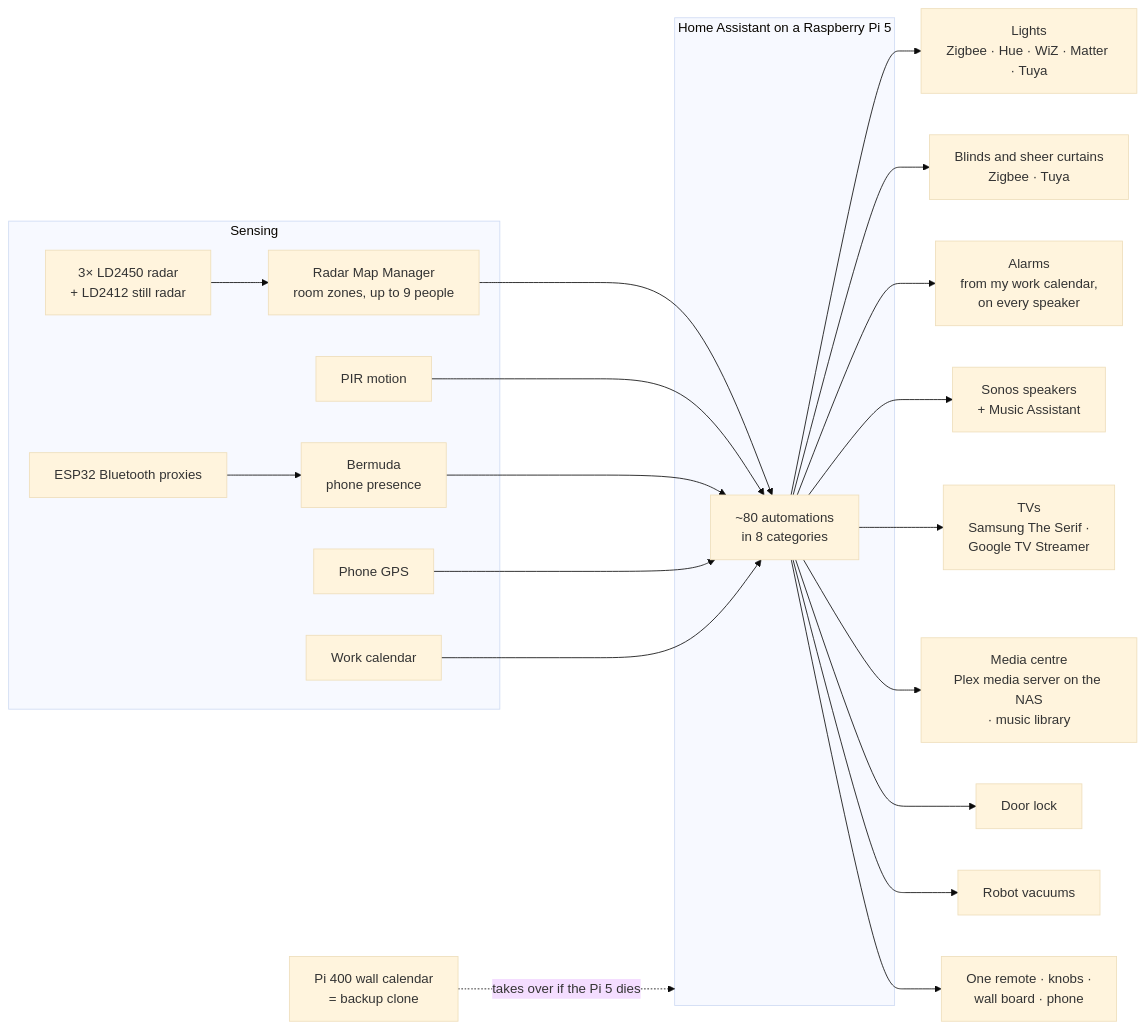
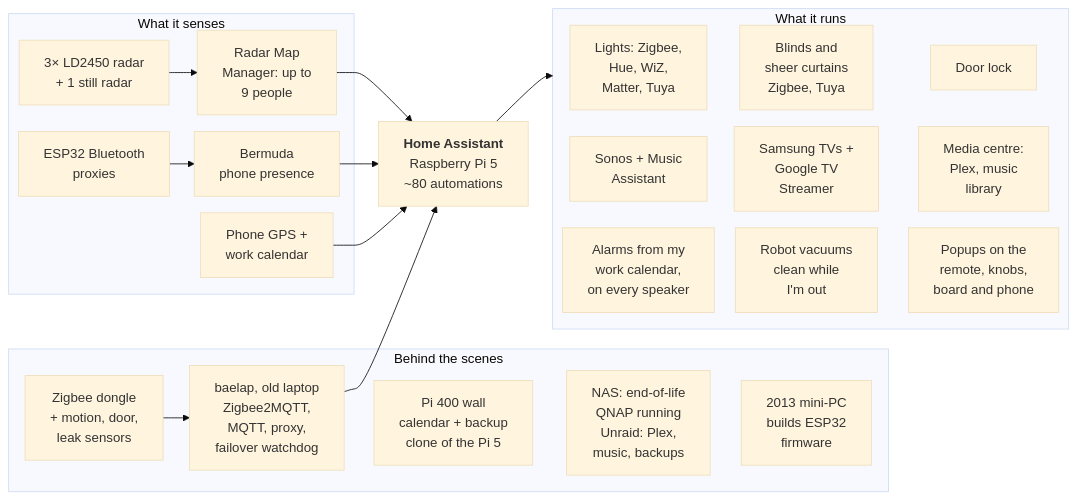
Before and after one commit to baes-cloud/baes-cloud-home: the diagram in README.md, drawn with Mermaid (base theme). The commit also changed other lines of this file and 2 other files, not shown here.

Commit message:
Wiring diagram: wider and shorter, plus the boxes behind the scenes
Sensing -> Home Assistant -> a 3x3 grid of what it runs, with a 'Behind the
scenes' strip along the bottom: Zigbee dongle -> baelap (Zigbee2MQTT, MQTT,
proxy, failover watchdog), the Pi 400 backup clone, the NAS and the mini-PC.
About half the height of the old layout, with slightly larger text.

The NAS is an end-of-life QNAP running Unraid; noted in the intro, hardware
and infrastructure pages.

````diff
--- a/README.md
+++ b/README.md
@@ -94,28 +95,27 @@
 ```mermaid
+%%{init: {"flowchart": {"nodeSpacing": 20, "rankSpacing": 24}}}%%
 flowchart LR
-  subgraph Sense[Sensing]
-    Radar[3× LD2450 radar<br/>+ LD2412 still radar] --> RMM[Radar Map Manager<br/>room zones, up to 9 people]
-    PIR[PIR motion]
-    BLE[ESP32 Bluetooth proxies] --> Bermuda[Bermuda<br/>phone presence]
-    GPS[Phone GPS]
-    Cal[Work calendar]
+  %% "Behind the scenes" is declared first so it sits along the bottom; ~~~ links are invisible and only position boxes
+  subgraph Infra[Behind the scenes]
+    Dongle[Zigbee dongle<br/>+ motion, door,<br/>leak sensors] --> Lap[baelap, old laptop<br/>Zigbee2MQTT,<br/>MQTT, proxy,<br/>failover watchdog]
+    Pi400[Pi 400 wall<br/>calendar + backup<br/>clone of the Pi 5]
+    NAS[NAS: end-of-life<br/>QNAP running<br/>Unraid: Plex,<br/>music, backups]
+    NUC[2013 mini-PC<br/>builds ESP32<br/>firmware]
   end
-  subgraph Brain[Home Assistant on a Raspberry Pi 5]
-    Auto[~80 automations<br/>in 8 categories]
+  subgraph Sense[What it senses]
+    Radar[3× LD2450 radar<br/>+ 1 still radar] --> RMM[Radar Map<br/>Manager: up to<br/>9 people]
+    BLE[ESP32 Bluetooth<br/>proxies] --> Bermuda[Bermuda<br/>phone presence]
+    Cal[Phone GPS +<br/>work calendar]
   end
-  RMM --> Auto
-  PIR --> Auto
-  Bermuda --> Auto
-  GPS --> Auto
-  Cal --> Auto
-  Auto --> Lights[Lights<br/>Zigbee · Hue · WiZ · Matter · Tuya]
-  Auto --> Blinds[Blinds and sheer curtains<br/>Zigbee · Tuya]
-  Auto --> Alarms[Alarms<br/>from my work calendar,<br/>on every speaker]
-  Auto --> Sonos[Sonos speakers<br/>+ Music Assistant]
-  Auto --> TVs[TVs<br/>Samsung The Serif ·<br/>Google TV Streamer]
-  Auto --> Media[Media centre<br/>Plex media server on the NAS<br/>· music library]
-  Auto --> Door[Door lock]
-  Auto --> Robots[Robot vacuums]
-  Auto --> Screens[One remote · knobs ·<br/>wall board · phone]
-  Standby[Pi 400 wall calendar<br/>= backup clone] -. takes over if the Pi 5 dies .-> Brain
+  Brain["<b>Home Assistant</b><br/>Raspberry Pi 5<br/>~80 automations"]
+  subgraph Out[What it runs]
+    Lights[Lights: Zigbee,<br/>Hue, WiZ,<br/>Matter, Tuya] ~~~ Blinds[Blinds and<br/>sheer curtains<br/>Zigbee, Tuya] ~~~ Door[Door lock]
+    Sonos[Sonos + Music<br/>Assistant] ~~~ TVs[Samsung TVs +<br/>Google TV<br/>Streamer] ~~~ Media[Media centre:<br/>Plex, music<br/>library]
+    Alarms[Alarms from my<br/>work calendar,<br/>on every speaker] ~~~ Robots["Robot vacuums<br/>clean while<br/>I'm out"] ~~~ Screens[Popups on the<br/>remote, knobs,<br/>board and phone]
+  end
+  RMM & Bermuda & Cal & Lap --> Brain
+  Brain --> Out
+  Brain ~~~ Lights & Sonos & Alarms
+  Cal ~~~ Pi400
+  Lap ~~~ Pi400 ~~~ NAS ~~~ NUC
 ```
````
